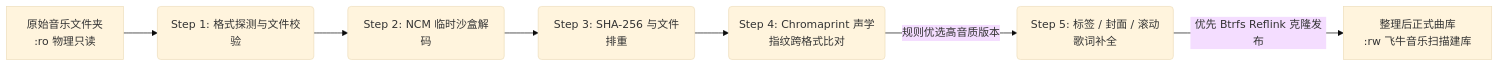
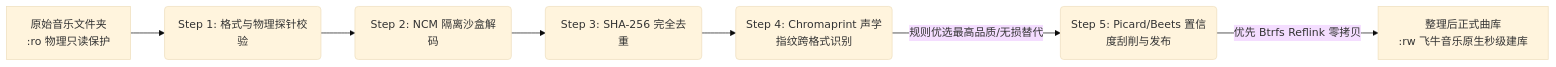
Before and after one commit to liuchangchxy/fn-music-companion: the diagram in README.md, drawn with Mermaid (base theme). The commit also changed other lines of this file and 1 other file, not shown here.

Commit message:
docs: update README with Picard scoring engine, mobile responsive UI, and fnOS store status

````diff
--- a/README.md
+++ b/README.md
@@ -38,11 +42,9 @@
 ```mermaid
 flowchart LR
-    A[原始音乐文件夹
-:ro 物理只读] --> B(Step 1: 格式探测与文件校验)
-    B --> C(Step 2: NCM 临时沙盒解码)
-    C --> D(Step 3: SHA-256 与文件排重)
-    D --> E(Step 4: Chromaprint 声学指纹跨格式比对)
-    E -->|规则优选高音质版本| F(Step 5: 标签 / 封面 / 滚动歌词补全)
-    F -->|优先 Btrfs Reflink 克隆发布| G[整理后正式曲库
-:rw 飞牛音乐扫描建库]
+    A[原始音乐文件夹<br/>:ro 物理只读保护] --> B(Step 1: 格式与物理探针校验)
+    B --> C(Step 2: NCM 隔离沙盒解码)
+    C --> D(Step 3: SHA-256 完全去重)
+    D --> E(Step 4: Chromaprint 声学指纹跨格式识别)
+    E -->|规则优选最高品质/无损替代| F(Step 5: Picard/Beets 置信度刮削与发布)
+    F -->|优先 Btrfs Reflink 零拷贝| G[整理后正式曲库<br/>:rw 飞牛音乐原生秒级建库]
 ```
````
